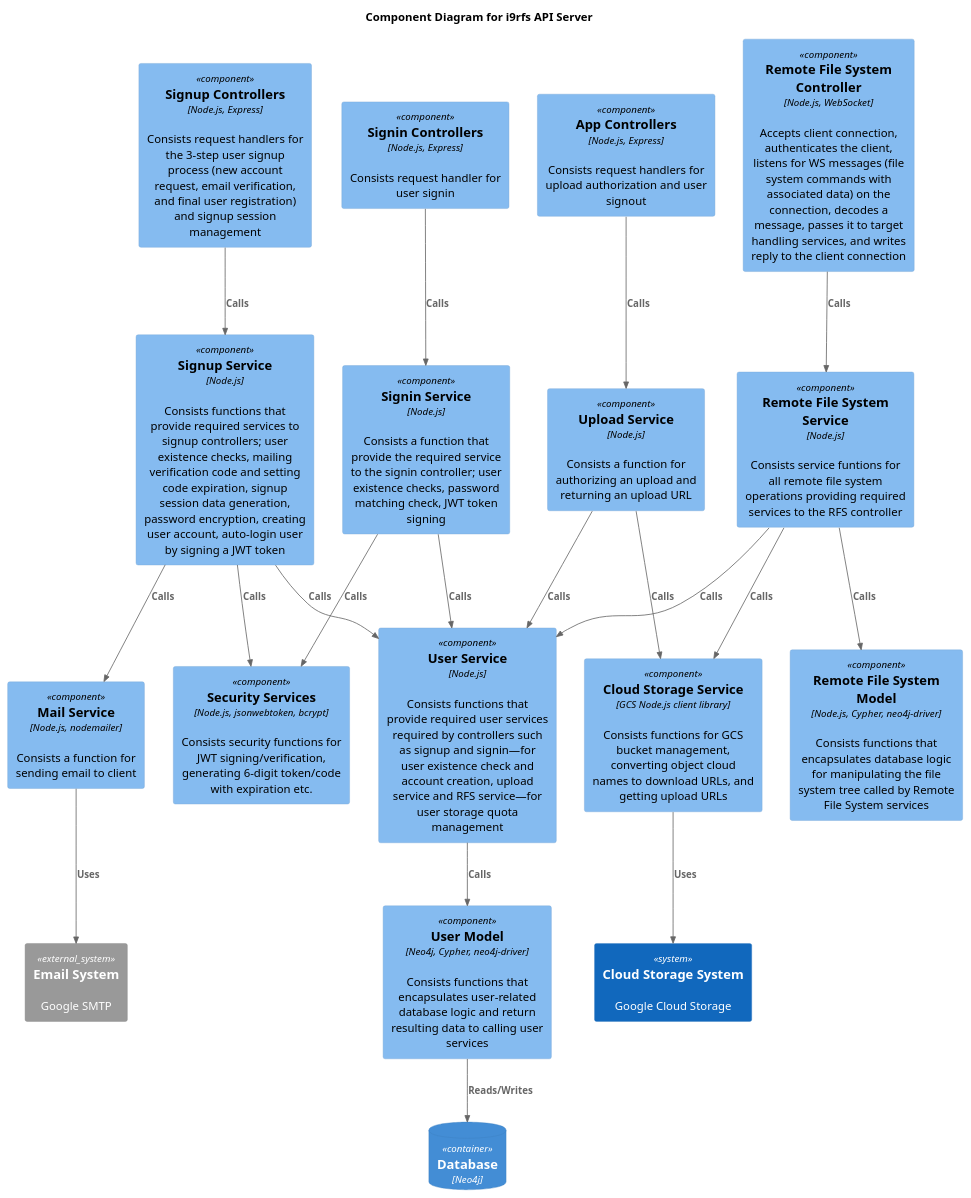
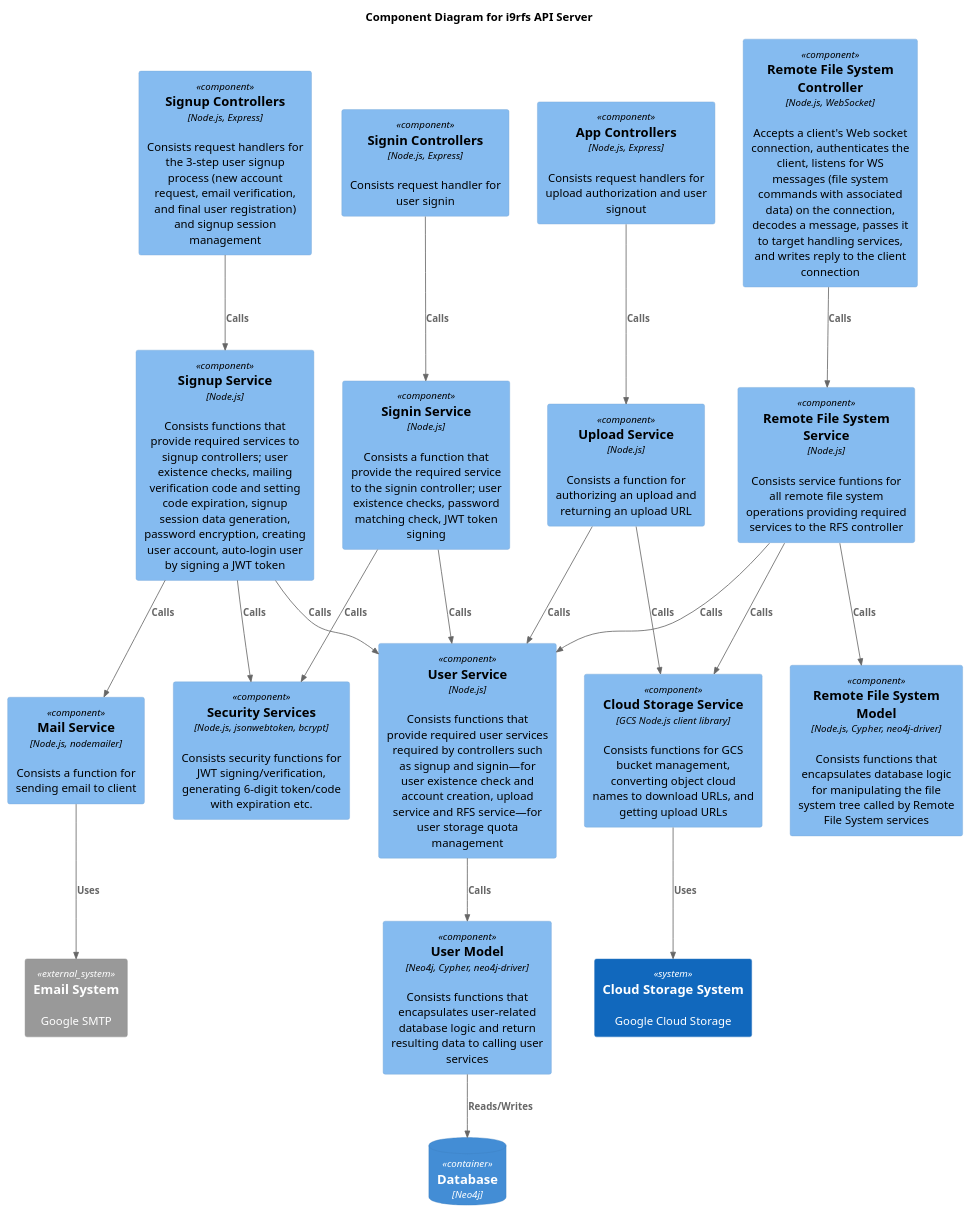
The diagram in diagrams/arch.pu (the-real-i9/i9rfs-server), drawn with PlantUML before and after one commit. The commit also changed 1 other file, not shown here.

```diff
--- a/diagrams/arch.pu
+++ b/diagrams/arch.pu
@@ -1,53 +1,53 @@
 @startuml i9rfs_api_arch
 !include <C4/C4_Component>
 
 title Component Diagram for i9rfs API Server
 
 ' Container(api, "i9rfs API Server", "Node.js")
 
 System_Ext(emailSystem, "Email System", "Google SMTP")
 System(cloudStorageSystem, "Cloud Storage System", "Google Cloud Storage")
 
 ContainerDb(database, "Database", "Neo4j")
 
 Component(cloudStorageService, "Cloud Storage Service", "GCS Node.js client library", "Consists functions for GCS bucket management, converting object cloud names to download URLs, and getting upload URLs")
 Rel(cloudStorageService, cloudStorageSystem, "Uses")
 
 Component(securityServices, "Security Services", "Node.js, jsonwebtoken, bcrypt", "Consists security functions for JWT signing/verification, generating 6-digit token/code with expiration etc.")
 Component(mailService, "Mail Service", "Node.js, nodemailer", "Consists a function for sending email to client")
 Rel(mailService, emailSystem, "Uses")
 
 Component(userService, "User Service", "Node.js", "Consists functions that provide required user services required by controllers such as signup and signin—for user existence check and account creation, upload service and RFS service—for user storage quota management")
 Component(userModel, "User Model", "Neo4j, Cypher, neo4j-driver", "Consists functions that encapsulates user-related database logic and return resulting data to calling user services")
 Rel(userService, userModel, "Calls")
 Rel(userModel, database, "Reads/Writes")
 
 Component(signupControllers, "Signup Controllers", "Node.js, Express", "Consists request handlers for the 3-step user signup process (new account request, email verification, and final user registration) and signup session management")
 Component(signupService, "Signup Service", "Node.js", "Consists functions that provide required services to signup controllers; user existence checks, mailing verification code and setting code expiration, signup session data generation, password encryption, creating user account, auto-login user by signing a JWT token")
 Rel(signupControllers, signupService, "Calls")
 Rel(signupService, userService, "Calls")
 Rel(signupService, securityServices, "Calls")
 Rel(signupService, mailService, "Calls")
 
 Component(signinControllers, "Signin Controllers", "Node.js, Express", "Consists request handler for user signin")
 Component(signinService, "Signin Service", "Node.js", "Consists a function that provide the required service to the signin controller; user existence checks, password matching check, JWT token signing")
 Rel(signinControllers, signinService, "Calls")
 Rel(signinService, userService, "Calls")
 Rel(signinService, securityServices, "Calls")
 
 Component(uploadService, "Upload Service", "Node.js", "Consists a function for authorizing an upload and returning an upload URL")
 Rel(uploadService, userService, "Calls")
 Rel(uploadService, cloudStorageService, "Calls")
 
 Component(appControllers, "App Controllers", "Node.js, Express", "Consists request handlers for upload authorization and user signout")
 Rel(appControllers, uploadService, "Calls")
 
-Component(rfsController, "Remote File System Controller", "Node.js, WebSocket", "Accepts client connection, authenticates the client, listens for WS messages (file system commands with associated data) on the connection, decodes a message, passes it to target handling services, and writes reply to the client connection")
+Component(rfsController, "Remote File System Controller", "Node.js, WebSocket", "Accepts a client's Web socket connection, authenticates the client, listens for WS messages (file system commands with associated data) on the connection, decodes a message, passes it to target handling services, and writes reply to the client connection")
 Component(rfsService, "Remote File System Service", "Node.js", "Consists service funtions for all remote file system operations providing required services to the RFS controller")
 Component(rfsModel, "Remote File System Model", "Node.js, Cypher, neo4j-driver", "Consists functions that encapsulates database logic for manipulating the file system tree called by Remote File System services")
 Rel(rfsController, rfsService, "Calls")
 Rel(rfsService, rfsModel, "Calls")
 Rel(rfsService, userService, "Calls")
 Rel(rfsService, cloudStorageService, "Calls")
 
 @enduml
```
